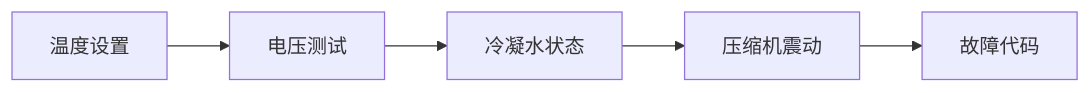
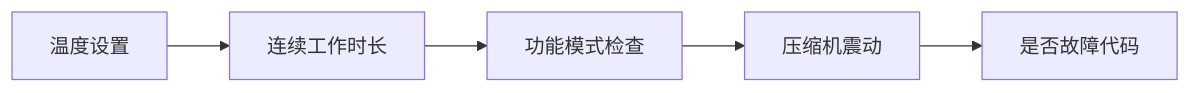
One commit to mnjun9527/Maitu changed the second of 11 diagrams in 志高移动空调/售后/售后指南.md. Above: the diagram before and after it, drawn with Mermaid. The commit also changed other lines of this file and 5 other files, not shown here.

````diff
--- a/志高移动空调/售后/售后指南.md
+++ b/志高移动空调/售后/售后指南.md
@@ -143,7 +143,7 @@
 ```mermaid
 graph LR
-    A[温度设置] --> B[电压测试]
-    B --> C[冷凝水状态]
+    A[温度设置] --> B[连续工作时长]
+    B --> C[功能模式检查]
     C --> D[压缩机震动]
-    D --> E[故障代码]
+    D --> E[是否故障代码]
 ```
````
